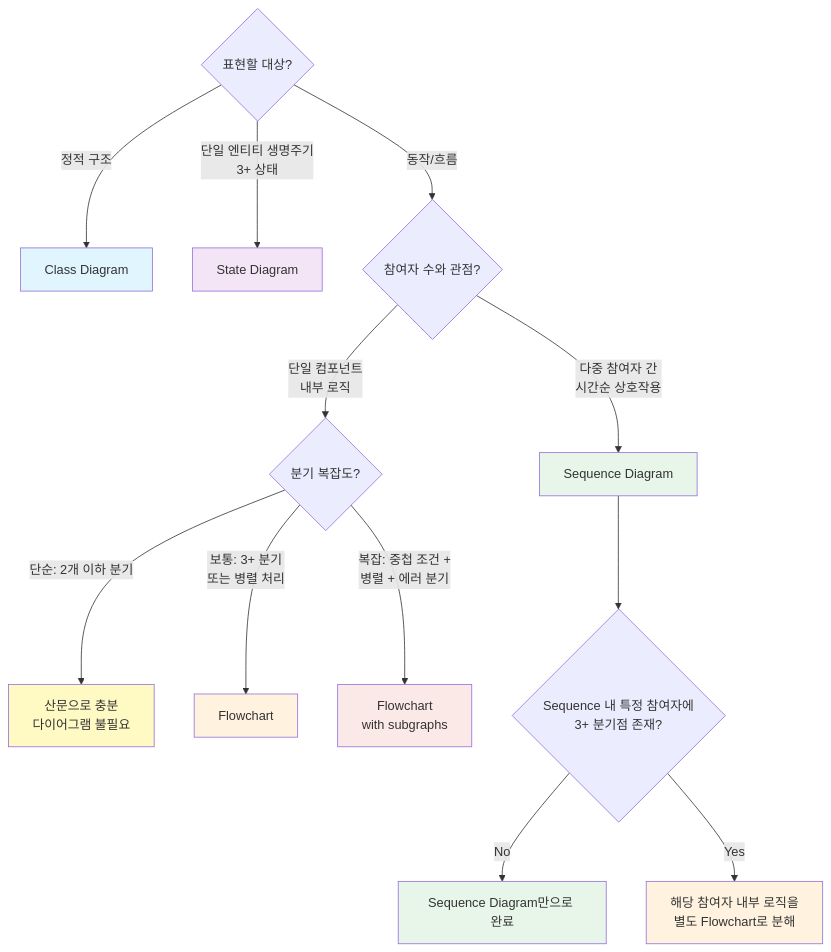
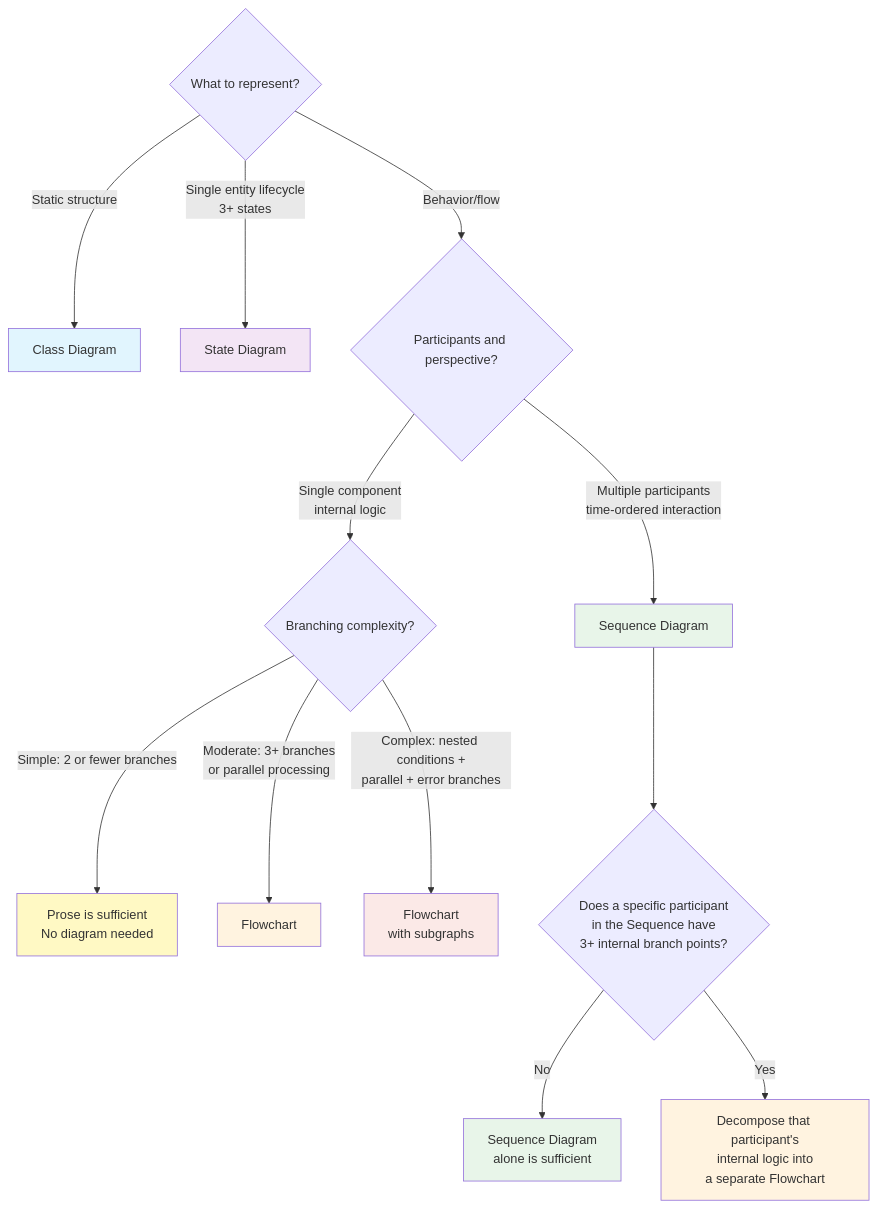
Before and after one commit to toongri/oh-my-toong-playground: the first of 3 diagrams in skills/spec/references/diagram-selection.md, drawn with Mermaid. The commit also changed other lines of this file, not shown here.

Commit message:
refactor: 다이어그램 선택 가이드 영어 전환

````diff
--- a/skills/spec/references/diagram-selection.md
+++ b/skills/spec/references/diagram-selection.md
@@ -16,27 +16,27 @@
 ```mermaid
 flowchart TD
-    Q1{표현할 대상?}
-    Q1 -->|정적 구조| CLASS[Class Diagram]
-    Q1 -->|단일 엔티티 생명주기<br/>3+ 상태| STATE[State Diagram]
-    Q1 -->|동작/흐름| Q2{참여자 수와 관점?}
+    Q1{What to represent?}
+    Q1 -->|Static structure| CLASS[Class Diagram]
+    Q1 -->|Single entity lifecycle<br/>3+ states| STATE[State Diagram]
+    Q1 -->|Behavior/flow| Q2{Participants and perspective?}
 
-    Q2 -->|다중 참여자 간<br/>시간순 상호작용| SEQ[Sequence Diagram]
-    Q2 -->|단일 컴포넌트<br/>내부 로직| Q3{분기 복잡도?}
+    Q2 -->|Multiple participants<br/>time-ordered interaction| SEQ[Sequence Diagram]
+    Q2 -->|Single component<br/>internal logic| Q3{Branching complexity?}
 
-    Q3 -->|단순: 2개 이하 분기| PROSE[산문으로 충분<br/>다이어그램 불필요]
-    Q3 -->|보통: 3+ 분기<br/>또는 병렬 처리| FC[Flowchart]
-    Q3 -->|복잡: 중첩 조건 +<br/>병렬 + 에러 분기| FCSUB[Flowchart<br/>with subgraphs]
+    Q3 -->|Simple: 2 or fewer branches| PROSE[Prose is sufficient<br/>No diagram needed]
+    Q3 -->|Moderate: 3+ branches<br/>or parallel processing| FC[Flowchart]
+    Q3 -->|Complex: nested conditions +<br/>parallel + error branches| FCSUB[Flowchart<br/>with subgraphs]
 
-    SEQ --> Q4{Sequence 내 특정 참여자에<br/>3+ 분기점 존재?}
-    Q4 -->|No| DONE1[Sequence Diagram만으로 완료]
-    Q4 -->|Yes| ZOOM[해당 참여자 내부 로직을<br/>별도 Flowchart로 분해]
+    SEQ --> Q4{Does a specific participant<br/>in the Sequence have<br/>3+ internal branch points?}
+    Q4 -->|No| DONE1[Sequence Diagram<br/>alone is sufficient]
+    Q4 -->|Yes| ZOOM[Decompose that participant's<br/>internal logic into<br/>a separate Flowchart]
 
     style CLASS fill:#e1f5fe
     style STATE fill:#f3e5f5
     style SEQ fill:#e8f5e9
     style PROSE fill:#fff9c4
     style FC fill:#fff3e0
     style FCSUB fill:#fbe9e7
     style ZOOM fill:#fff3e0
     style DONE1 fill:#e8f5e9
 ```
````
